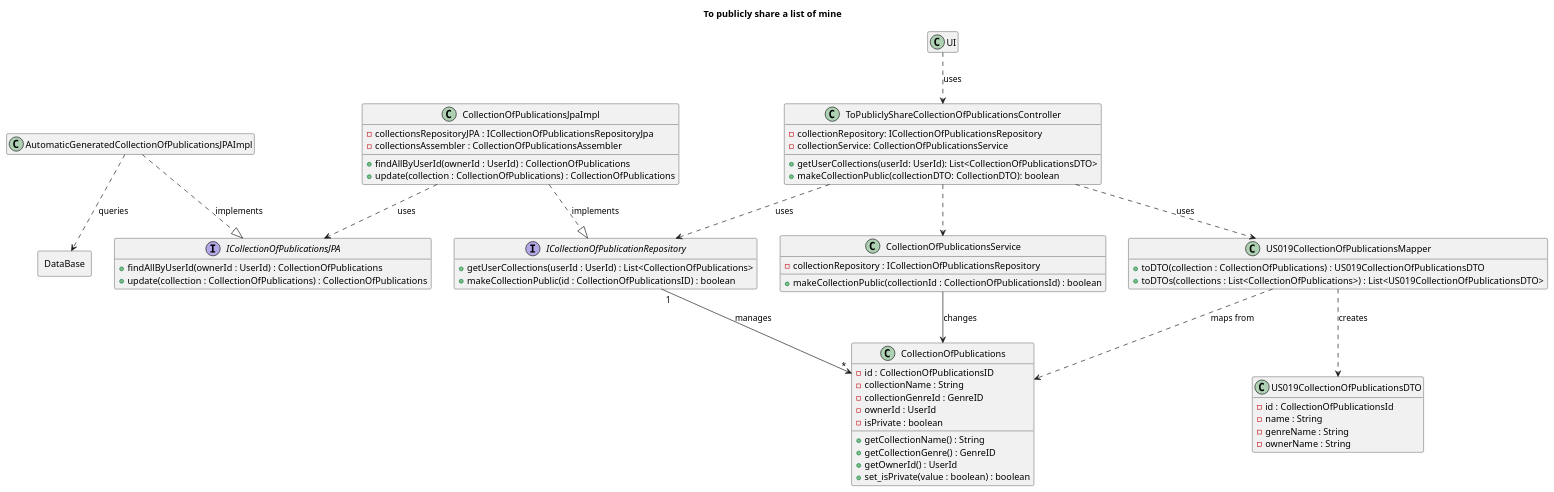
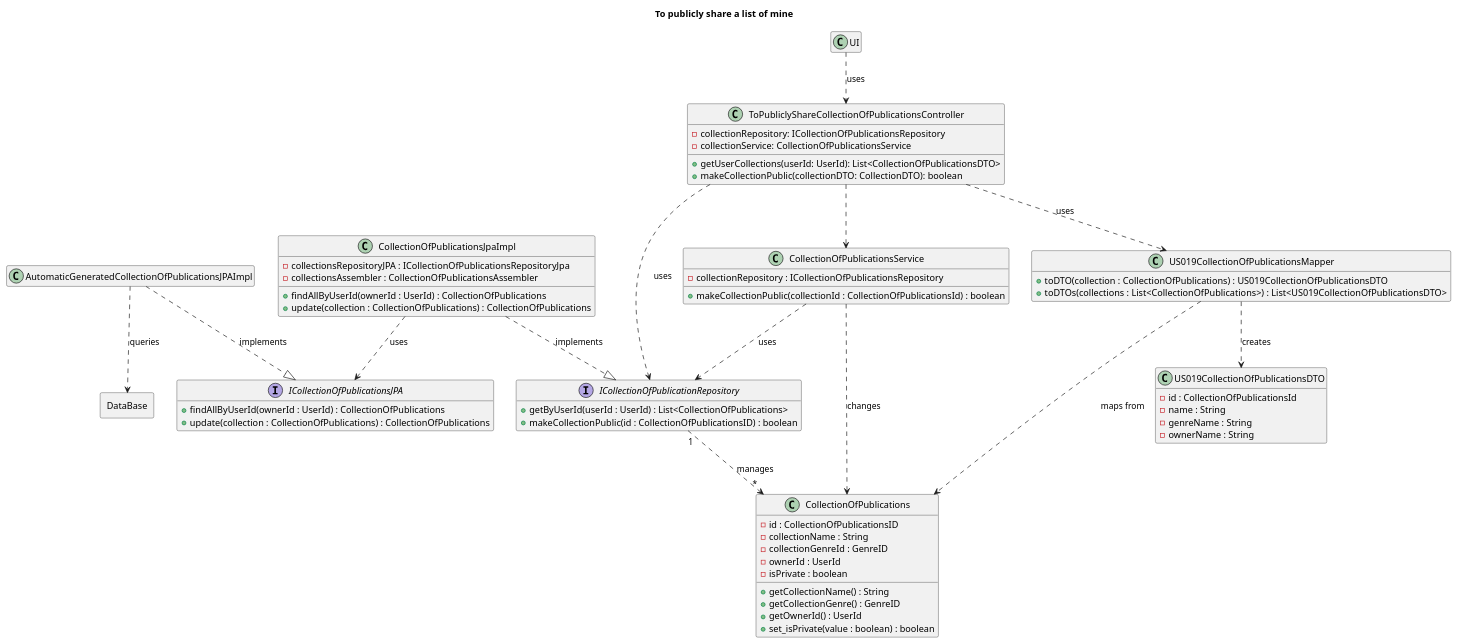
One commit to AndrePereiraGitH/SWitCH-Project-Team_A changed the diagram in Diagrams/ClassDiagrams/To-publicly-share-a-list.puml. Above: the diagram before and after it, drawn with PlantUML.

Commit message:
docs #770 : refactor class diagram with persistence layer

```diff
--- a/Diagrams/ClassDiagrams/To-publicly-share-a-list.puml
+++ b/Diagrams/ClassDiagrams/To-publicly-share-a-list.puml
@@ -1,98 +1,99 @@
 @startuml
 
 'left to right direction
 skinparam classAttributeIconSize 10
 hide empty members
 
 title To publicly share a list of mine
 
 class "UI" as UI {
 
 }
 
 'Controller
 class "ToPubliclyShareCollectionOfPublicationsController" as Controller {
   -collectionRepository: ICollectionOfPublicationsRepository
   -collectionService: CollectionOfPublicationsService
   +getUserCollections(userId: UserId): List<CollectionOfPublicationsDTO>
   +makeCollectionPublic(collectionDTO: CollectionDTO): boolean
 }
 
 'Repository Interfaces
 interface "ICollectionOfPublicationRepository" as ICollectionOfPublicationsRepository  {
- + getUserCollections(userId : UserId) : List<CollectionOfPublications>
+ + getByUserId(userId : UserId) : List<CollectionOfPublications>
  + makeCollectionPublic(id : CollectionOfPublicationsID) : boolean
 }
 
 interface "ICollectionOfPublicationsJPA" as ICollectionsJPA {
 +findAllByUserId(ownerId : UserId) : CollectionOfPublications
  +update(collection : CollectionOfPublications) : CollectionOfPublications
 }
 
 class "CollectionOfPublicationsJpaImpl" as collectionRepoJpaImpl {
  -collectionsRepositoryJPA : ICollectionOfPublicationsRepositoryJpa
  -collectionsAssembler : CollectionOfPublicationsAssembler
  +findAllByUserId(ownerId : UserId) : CollectionOfPublications
  +update(collection : CollectionOfPublications) : CollectionOfPublications
 }
 
 class "AutomaticGeneratedCollectionOfPublicationsJPAImpl" as jpaAutomatic {
 }
 
 class "CollectionOfPublicationsService" as service {
 -collectionRepository : ICollectionOfPublicationsRepository
 
 +makeCollectionPublic(collectionId : CollectionOfPublicationsId) : boolean
 }
 
 
 'Domain
 class "CollectionOfPublications" as collection{
   - id : CollectionOfPublicationsID
   - collectionName : String
   - collectionGenreId : GenreID
   - ownerId : UserId
   - isPrivate : boolean
   + getCollectionName() : String
   + getCollectionGenre() : GenreID
   + getOwnerId() : UserId
   + set_isPrivate(value : boolean) : boolean
 }
 
 class US019CollectionOfPublicationsMapper {
   + toDTO(collection : CollectionOfPublications) : US019CollectionOfPublicationsDTO
   + toDTOs(collections : List<CollectionOfPublications>) : List<US019CollectionOfPublicationsDTO>
 }
 
 class "US019CollectionOfPublicationsDTO" as DTO{
         - id : CollectionOfPublicationsId
         - name : String
         - genreName : String
         - ownerName : String
 }
 
 rectangle DataBase as db{
 }
 
 ' Interactions
 UI ..> Controller : uses
 
 Controller ..> ICollectionOfPublicationsRepository : uses
 Controller ..> US019CollectionOfPublicationsMapper : uses
 
 Controller ..> service
 
 
-ICollectionOfPublicationsRepository "1" --> "*" collection : manages
+ICollectionOfPublicationsRepository "1" ..> "*" collection : manages
 
 collectionRepoJpaImpl ..|> ICollectionOfPublicationsRepository : implements
 collectionRepoJpaImpl ..> ICollectionsJPA : uses
 
 US019CollectionOfPublicationsMapper ..> collection : maps from
 US019CollectionOfPublicationsMapper ..> DTO : creates
 jpaAutomatic ..|> ICollectionsJPA : implements
 jpaAutomatic ..> db : queries
 
-service --> collection : changes
+service ..> collection : changes
+service ..> ICollectionOfPublicationsRepository : uses
 
 @enduml
```
